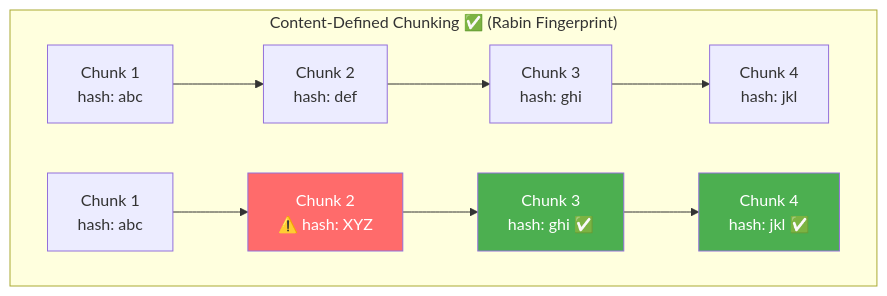
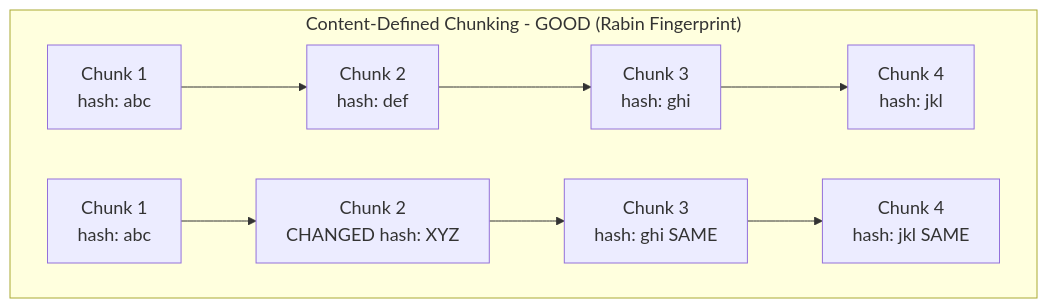
Before and after one commit to vipi-n/swe-101: diagram 12 of 15 in hld/dropbox.md, drawn with Mermaid. The commit also changed other lines of this file, not shown here.

````diff
--- a/hld/dropbox.md
+++ b/hld/dropbox.md
@@ -768,17 +762,14 @@
 ```mermaid
+%%{init: {'theme': 'default', 'themeVariables': {'fontSize': '18px'}}}%%
 graph LR
-    subgraph "Content-Defined Chunking ✅ (Rabin Fingerprint)"
+    subgraph "Content-Defined Chunking - GOOD (Rabin Fingerprint)"
         direction LR
         C1["Chunk 1<br/>hash: abc"] --> C2["Chunk 2<br/>hash: def"]
         C2 --> C3["Chunk 3<br/>hash: ghi"]
         C3 --> C4["Chunk 4<br/>hash: jkl"]
 
-        C1b["Chunk 1<br/>hash: abc"] --> C2b["Chunk 2<br/>⚠️ hash: XYZ"]
-        C2b --> C3b["Chunk 3<br/>hash: ghi ✅"]
-        C3b --> C4b["Chunk 4<br/>hash: jkl ✅"]
+        C1b["Chunk 1<br/>hash: abc"] --> C2b["Chunk 2<br/>CHANGED hash: XYZ"]
+        C2b --> C3b["Chunk 3<br/>hash: ghi SAME"]
+        C3b --> C4b["Chunk 4<br/>hash: jkl SAME"]
     end
-
-    style C2b fill:#ff6b6b,color:#fff
-    style C3b fill:#4CAF50,color:#fff
-    style C4b fill:#4CAF50,color:#fff
 ```
````
